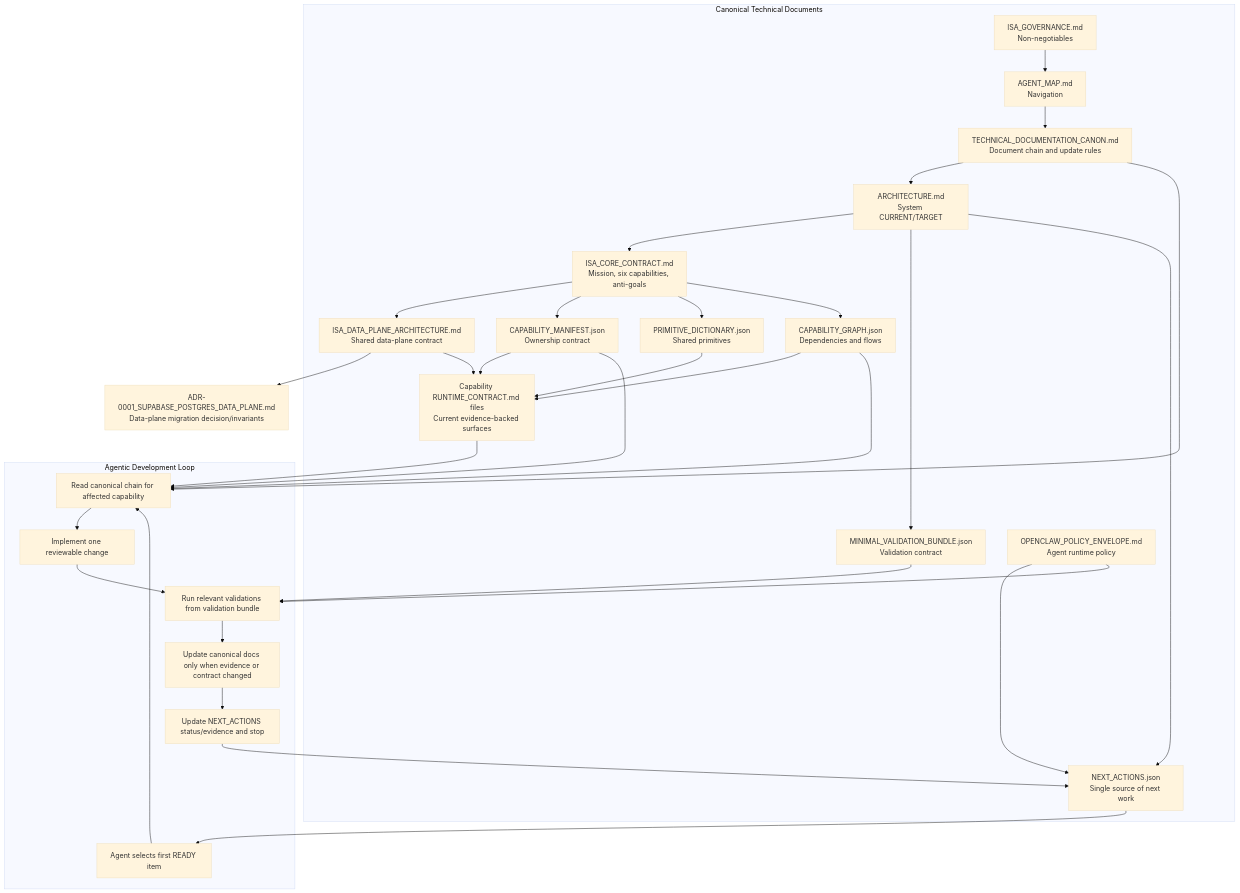
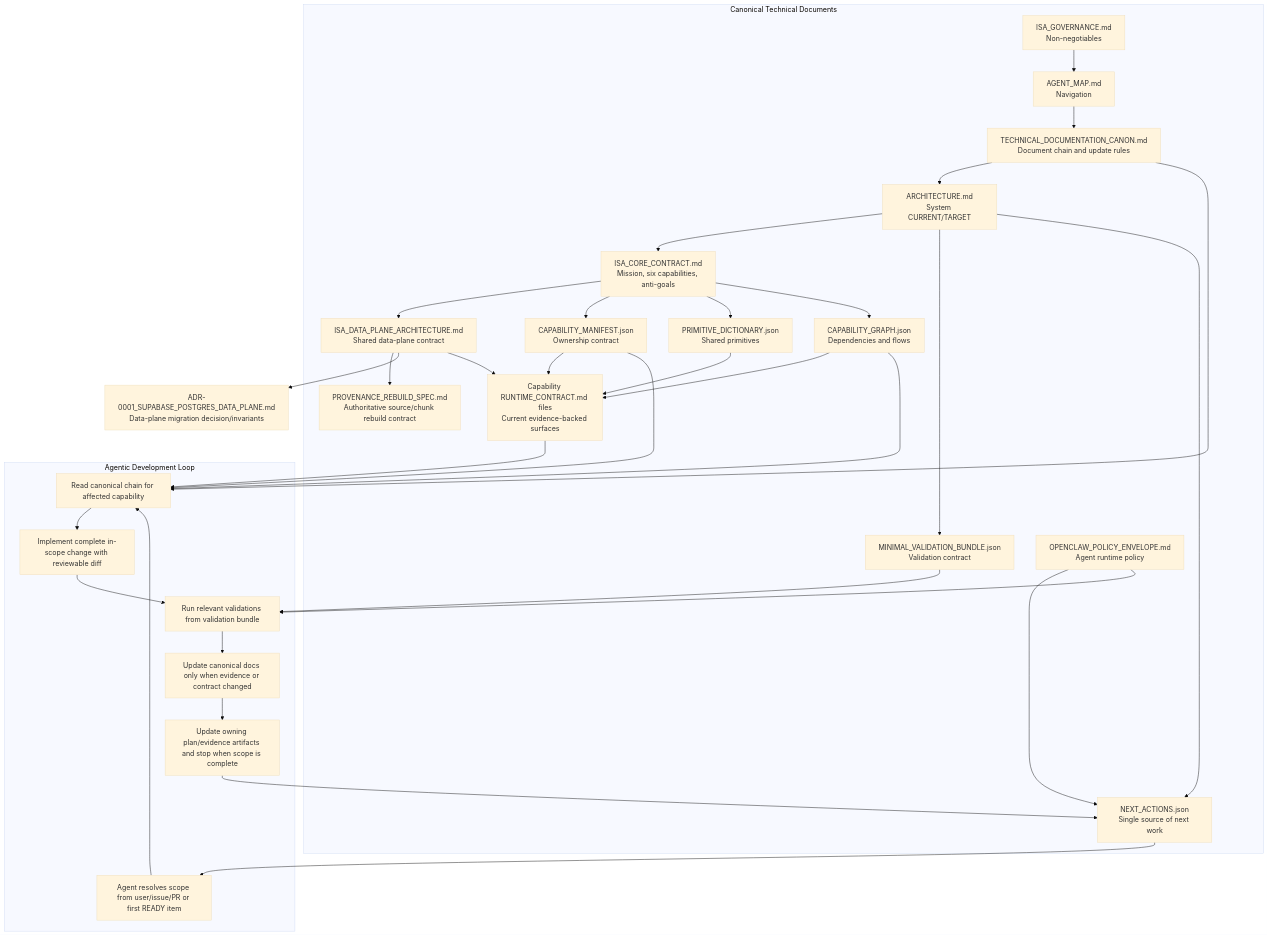
Before and after one commit to GS1Ned/isa_web_clean: the diagram in docs/governance/TECHNICAL_DOCUMENTATION_CANON.md, drawn with Mermaid (base theme). The commit also changed other lines of this file and 169 other files, not shown here.

````diff
--- a/docs/governance/TECHNICAL_DOCUMENTATION_CANON.md
+++ b/docs/governance/TECHNICAL_DOCUMENTATION_CANON.md
@@ -64,54 +72,56 @@
 ```mermaid
 flowchart TD
     subgraph CanonicalDocs["Canonical Technical Documents"]
         GOV["ISA_GOVERNANCE.md\nNon-negotiables"]
         MAP["AGENT_MAP.md\nNavigation"]
         CANON["TECHNICAL_DOCUMENTATION_CANON.md\nDocument chain and update rules"]
         ARCH["ARCHITECTURE.md\nSystem CURRENT/TARGET"]
         CORE["ISA_CORE_CONTRACT.md\nMission, six capabilities, anti-goals"]
         DATA["ISA_DATA_PLANE_ARCHITECTURE.md\nShared data-plane contract"]
+        PROV["PROVENANCE_REBUILD_SPEC.md\nAuthoritative source/chunk rebuild contract"]
         MANIFEST["CAPABILITY_MANIFEST.json\nOwnership contract"]
         PRIMS["PRIMITIVE_DICTIONARY.json\nShared primitives"]
         GRAPH["CAPABILITY_GRAPH.json\nDependencies and flows"]
         RUNTIME["Capability RUNTIME_CONTRACT.md files\nCurrent evidence-backed surfaces"]
         VALID["MINIMAL_VALIDATION_BUNDLE.json\nValidation contract"]
         NEXT["NEXT_ACTIONS.json\nSingle source of next work"]
         POLICY["OPENCLAW_POLICY_ENVELOPE.md\nAgent runtime policy"]
     end
 
     GOV --> MAP
     MAP --> CANON
     CANON --> ARCH
     ARCH --> CORE
     CORE --> DATA
+    DATA --> PROV
     DATA --> ADR["ADR-0001_SUPABASE_POSTGRES_DATA_PLANE.md\nData-plane migration decision/invariants"]
     CORE --> MANIFEST
     CORE --> PRIMS
     CORE --> GRAPH
     DATA --> RUNTIME
     MANIFEST --> RUNTIME
     PRIMS --> RUNTIME
     GRAPH --> RUNTIME
     ARCH --> VALID
     ARCH --> NEXT
     POLICY --> NEXT
 
     subgraph AgenticLoop["Agentic Development Loop"]
-        A["Agent selects first READY item"]
+        A["Agent resolves scope from user/issue/PR or first READY item"]
         B["Read canonical chain for affected capability"]
-        C["Implement one reviewable change"]
+        C["Implement complete in-scope change with reviewable diff"]
         D["Run relevant validations from validation bundle"]
         E["Update canonical docs only when evidence or contract changed"]
-        F["Update NEXT_ACTIONS status/evidence and stop"]
+        F["Update owning plan/evidence artifacts and stop when scope is complete"]
     end
 
     NEXT --> A
     CANON --> B
     MANIFEST --> B
     GRAPH --> B
     RUNTIME --> B
     VALID --> D
     POLICY --> D
     A --> B --> C --> D --> E --> F
     F --> NEXT
 ```
````
